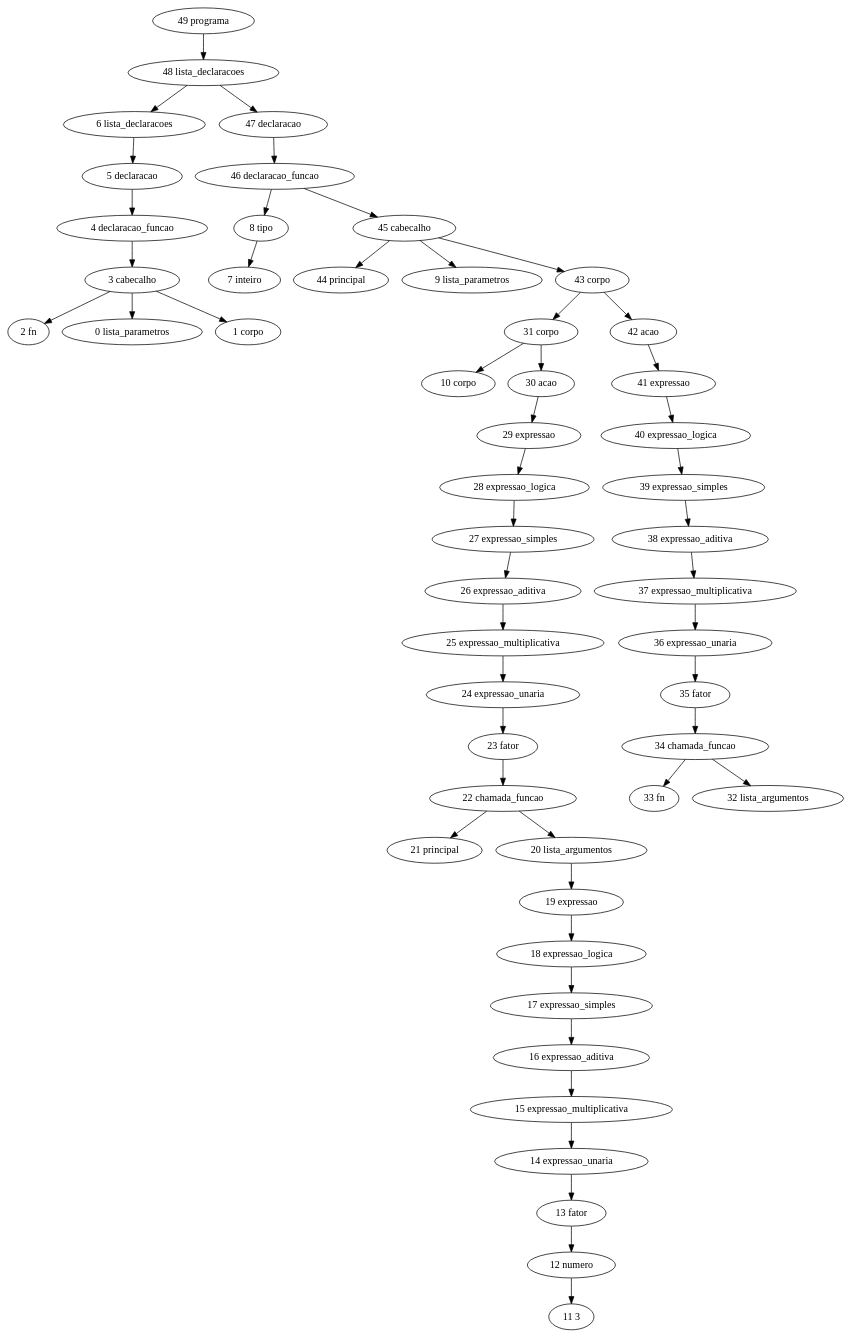
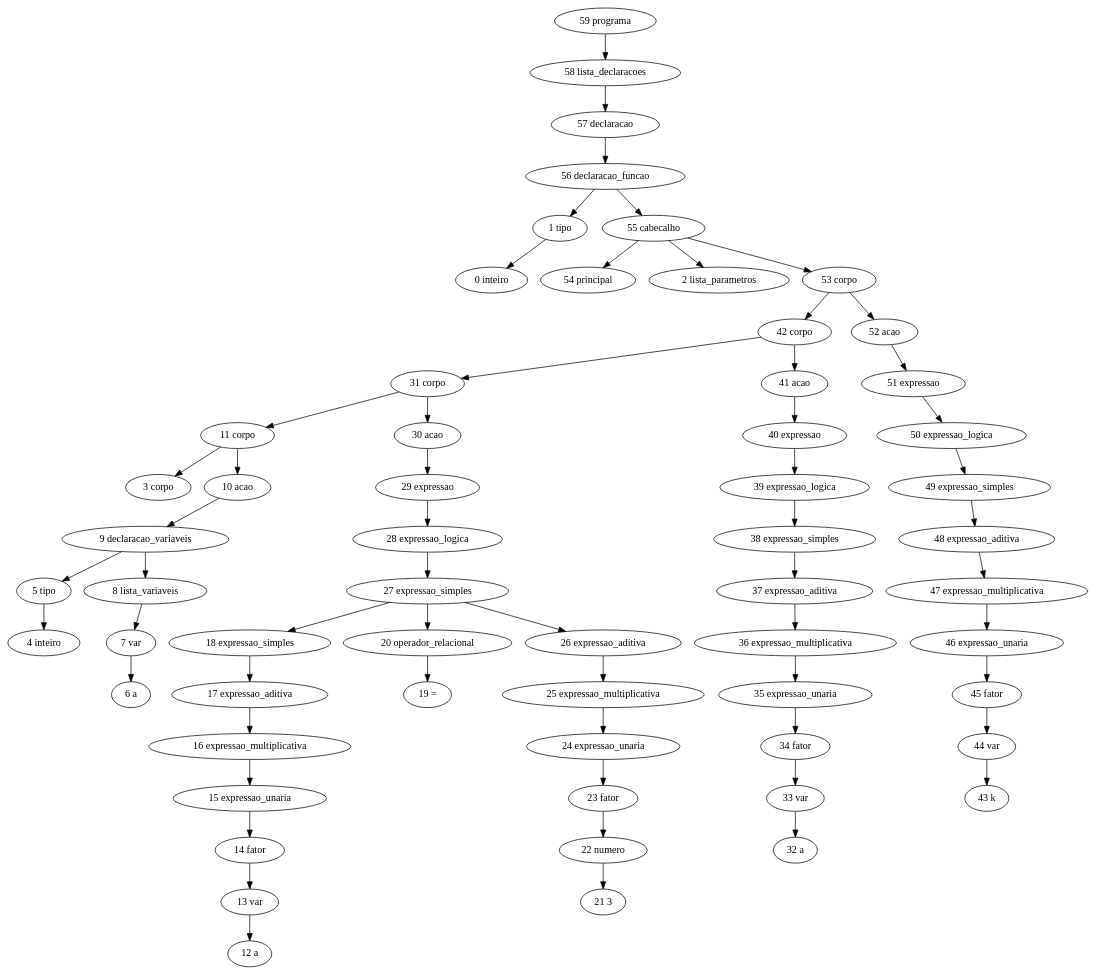
The diagram in BCC__BCC36B__P2__Jorge_1511424/implementacao/Digraph.gv (franzon/compilers), drawn with Graphviz before and after one commit. The commit also changed 4 other files, not shown here.

```diff
--- a/BCC__BCC36B__P2__Jorge_1511424/implementacao/Digraph.gv
+++ b/BCC__BCC36B__P2__Jorge_1511424/implementacao/Digraph.gv
@@ -1,102 +1,122 @@
 // Análise sintática
 digraph {
-	"49 programa"
-	"48 lista_declaracoes"
-	"49 programa" -> "48 lista_declaracoes"
-	"6 lista_declaracoes"
-	"48 lista_declaracoes" -> "6 lista_declaracoes"
-	"5 declaracao"
-	"6 lista_declaracoes" -> "5 declaracao"
-	"4 declaracao_funcao"
-	"5 declaracao" -> "4 declaracao_funcao"
-	"3 cabecalho"
-	"4 declaracao_funcao" -> "3 cabecalho"
-	"2 fn"
-	"3 cabecalho" -> "2 fn"
-	"0 lista_parametros"
-	"3 cabecalho" -> "0 lista_parametros"
-	"1 corpo"
-	"3 cabecalho" -> "1 corpo"
-	"47 declaracao"
-	"48 lista_declaracoes" -> "47 declaracao"
-	"46 declaracao_funcao"
-	"47 declaracao" -> "46 declaracao_funcao"
-	"8 tipo"
-	"46 declaracao_funcao" -> "8 tipo"
-	"7 inteiro"
-	"8 tipo" -> "7 inteiro"
-	"45 cabecalho"
-	"46 declaracao_funcao" -> "45 cabecalho"
-	"44 principal"
-	"45 cabecalho" -> "44 principal"
-	"9 lista_parametros"
-	"45 cabecalho" -> "9 lista_parametros"
-	"43 corpo"
-	"45 cabecalho" -> "43 corpo"
+	"59 programa"
+	"58 lista_declaracoes"
+	"59 programa" -> "58 lista_declaracoes"
+	"57 declaracao"
+	"58 lista_declaracoes" -> "57 declaracao"
+	"56 declaracao_funcao"
+	"57 declaracao" -> "56 declaracao_funcao"
+	"1 tipo"
+	"56 declaracao_funcao" -> "1 tipo"
+	"0 inteiro"
+	"1 tipo" -> "0 inteiro"
+	"55 cabecalho"
+	"56 declaracao_funcao" -> "55 cabecalho"
+	"54 principal"
+	"55 cabecalho" -> "54 principal"
+	"2 lista_parametros"
+	"55 cabecalho" -> "2 lista_parametros"
+	"53 corpo"
+	"55 cabecalho" -> "53 corpo"
+	"42 corpo"
+	"53 corpo" -> "42 corpo"
 	"31 corpo"
-	"43 corpo" -> "31 corpo"
-	"10 corpo"
-	"31 corpo" -> "10 corpo"
+	"42 corpo" -> "31 corpo"
+	"11 corpo"
+	"31 corpo" -> "11 corpo"
+	"3 corpo"
+	"11 corpo" -> "3 corpo"
+	"10 acao"
+	"11 corpo" -> "10 acao"
+	"9 declaracao_variaveis"
+	"10 acao" -> "9 declaracao_variaveis"
+	"5 tipo"
+	"9 declaracao_variaveis" -> "5 tipo"
+	"4 inteiro"
+	"5 tipo" -> "4 inteiro"
+	"8 lista_variaveis"
+	"9 declaracao_variaveis" -> "8 lista_variaveis"
+	"7 var"
+	"8 lista_variaveis" -> "7 var"
+	"6 a"
+	"7 var" -> "6 a"
 	"30 acao"
 	"31 corpo" -> "30 acao"
 	"29 expressao"
 	"30 acao" -> "29 expressao"
 	"28 expressao_logica"
 	"29 expressao" -> "28 expressao_logica"
 	"27 expressao_simples"
 	"28 expressao_logica" -> "27 expressao_simples"
+	"18 expressao_simples"
+	"27 expressao_simples" -> "18 expressao_simples"
+	"17 expressao_aditiva"
+	"18 expressao_simples" -> "17 expressao_aditiva"
+	"16 expressao_multiplicativa"
+	"17 expressao_aditiva" -> "16 expressao_multiplicativa"
+	"15 expressao_unaria"
+	"16 expressao_multiplicativa" -> "15 expressao_unaria"
+	"14 fator"
+	"15 expressao_unaria" -> "14 fator"
+	"13 var"
+	"14 fator" -> "13 var"
+	"12 a"
+	"13 var" -> "12 a"
+	"20 operador_relacional"
+	"27 expressao_simples" -> "20 operador_relacional"
+	"19 ="
+	"20 operador_relacional" -> "19 ="
 	"26 expressao_aditiva"
 	"27 expressao_simples" -> "26 expressao_aditiva"
 	"25 expressao_multiplicativa"
 	"26 expressao_aditiva" -> "25 expressao_multiplicativa"
 	"24 expressao_unaria"
 	"25 expressao_multiplicativa" -> "24 expressao_unaria"
 	"23 fator"
 	"24 expressao_unaria" -> "23 fator"
-	"22 chamada_funcao"
-	"23 fator" -> "22 chamada_funcao"
-	"21 principal"
-	"22 chamada_funcao" -> "21 principal"
-	"20 lista_argumentos"
-	"22 chamada_funcao" -> "20 lista_argumentos"
-	"19 expressao"
-	"20 lista_argumentos" -> "19 expressao"
-	"18 expressao_logica"
-	"19 expressao" -> "18 expressao_logica"
-	"17 expressao_simples"
-	"18 expressao_logica" -> "17 expressao_simples"
-	"16 expressao_aditiva"
-	"17 expressao_simples" -> "16 expressao_aditiva"
-	"15 expressao_multiplicativa"
-	"16 expressao_aditiva" -> "15 expressao_multiplicativa"
-	"14 expressao_unaria"
-	"15 expressao_multiplicativa" -> "14 expressao_unaria"
-	"13 fator"
-	"14 expressao_unaria" -> "13 fator"
-	"12 numero"
-	"13 fator" -> "12 numero"
-	"11 3"
-	"12 numero" -> "11 3"
-	"42 acao"
-	"43 corpo" -> "42 acao"
-	"41 expressao"
-	"42 acao" -> "41 expressao"
-	"40 expressao_logica"
-	"41 expressao" -> "40 expressao_logica"
-	"39 expressao_simples"
-	"40 expressao_logica" -> "39 expressao_simples"
-	"38 expressao_aditiva"
-	"39 expressao_simples" -> "38 expressao_aditiva"
-	"37 expressao_multiplicativa"
-	"38 expressao_aditiva" -> "37 expressao_multiplicativa"
-	"36 expressao_unaria"
-	"37 expressao_multiplicativa" -> "36 expressao_unaria"
-	"35 fator"
-	"36 expressao_unaria" -> "35 fator"
-	"34 chamada_funcao"
-	"35 fator" -> "34 chamada_funcao"
-	"33 fn"
-	"34 chamada_funcao" -> "33 fn"
-	"32 lista_argumentos"
-	"34 chamada_funcao" -> "32 lista_argumentos"
+	"22 numero"
+	"23 fator" -> "22 numero"
+	"21 3"
+	"22 numero" -> "21 3"
+	"41 acao"
+	"42 corpo" -> "41 acao"
+	"40 expressao"
+	"41 acao" -> "40 expressao"
+	"39 expressao_logica"
+	"40 expressao" -> "39 expressao_logica"
+	"38 expressao_simples"
+	"39 expressao_logica" -> "38 expressao_simples"
+	"37 expressao_aditiva"
+	"38 expressao_simples" -> "37 expressao_aditiva"
+	"36 expressao_multiplicativa"
+	"37 expressao_aditiva" -> "36 expressao_multiplicativa"
+	"35 expressao_unaria"
+	"36 expressao_multiplicativa" -> "35 expressao_unaria"
+	"34 fator"
+	"35 expressao_unaria" -> "34 fator"
+	"33 var"
+	"34 fator" -> "33 var"
+	"32 a"
+	"33 var" -> "32 a"
+	"52 acao"
+	"53 corpo" -> "52 acao"
+	"51 expressao"
+	"52 acao" -> "51 expressao"
+	"50 expressao_logica"
+	"51 expressao" -> "50 expressao_logica"
+	"49 expressao_simples"
+	"50 expressao_logica" -> "49 expressao_simples"
+	"48 expressao_aditiva"
+	"49 expressao_simples" -> "48 expressao_aditiva"
+	"47 expressao_multiplicativa"
+	"48 expressao_aditiva" -> "47 expressao_multiplicativa"
+	"46 expressao_unaria"
+	"47 expressao_multiplicativa" -> "46 expressao_unaria"
+	"45 fator"
+	"46 expressao_unaria" -> "45 fator"
+	"44 var"
+	"45 fator" -> "44 var"
+	"43 k"
+	"44 var" -> "43 k"
 }
```
